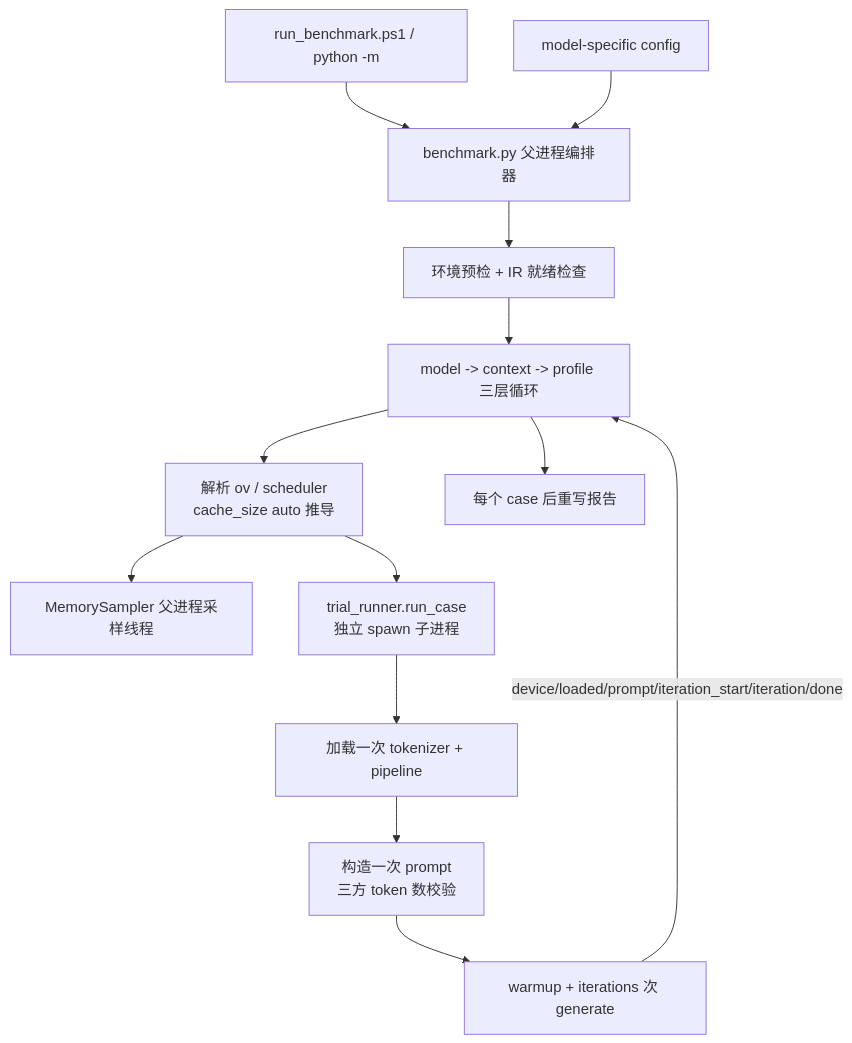
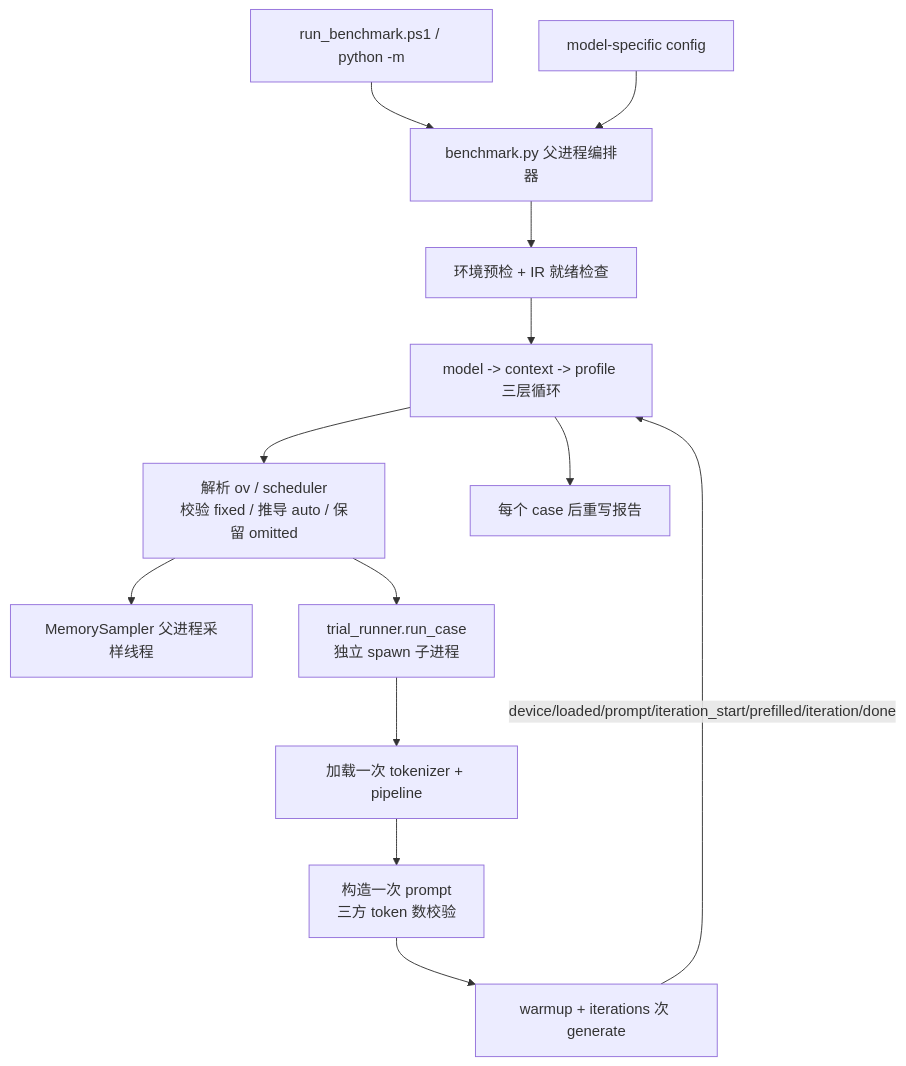
Before and after one commit to tingjiec/edge-ai-suites: the diagram in education-ai-suite/smart-classroom/docs/dev-guide/context-bench/context_bench_design.md, drawn with Mermaid. The commit also changed other lines of this file and 12 other files, not shown here.

````diff
--- a/education-ai-suite/smart-classroom/docs/dev-guide/context-bench/context_bench_design.md
+++ b/education-ai-suite/smart-classroom/docs/dev-guide/context-bench/context_bench_design.md
@@ -129,15 +136,15 @@
 ```mermaid
 flowchart TB
     CLI[run_benchmark.ps1 / python -m] --> ORCH[benchmark.py 父进程编排器]
     CFG[model-specific config] --> ORCH
     ORCH --> PRE[环境预检 + IR 就绪检查]
     PRE --> LOOP[model -> context -> profile 三层循环]
-    LOOP --> RESOLVE[解析 ov / scheduler<br/>cache_size auto 推导]
+    LOOP --> RESOLVE[解析 ov / scheduler<br/>校验 fixed / 推导 auto / 保留 omitted]
     RESOLVE --> SAMPLE[MemorySampler 父进程采样线程]
     RESOLVE --> CHILD[trial_runner.run_case<br/>独立 spawn 子进程]
     CHILD --> LOAD[加载一次 tokenizer + pipeline]
     LOAD --> PROMPT[构造一次 prompt<br/>三方 token 数校验]
     PROMPT --> ITER[warmup + iterations 次 generate]
-    ITER -- device/loaded/prompt/iteration_start/iteration/done --> LOOP
+    ITER -- device/loaded/prompt/iteration_start/prefilled/iteration/done --> LOOP
     LOOP --> REPORT[每个 case 后重写报告]
 ```
````
